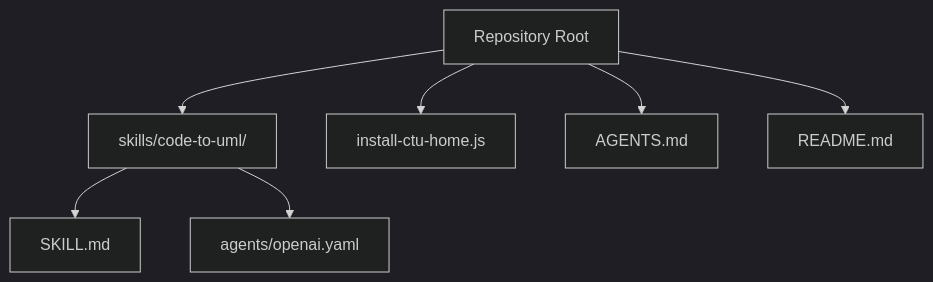
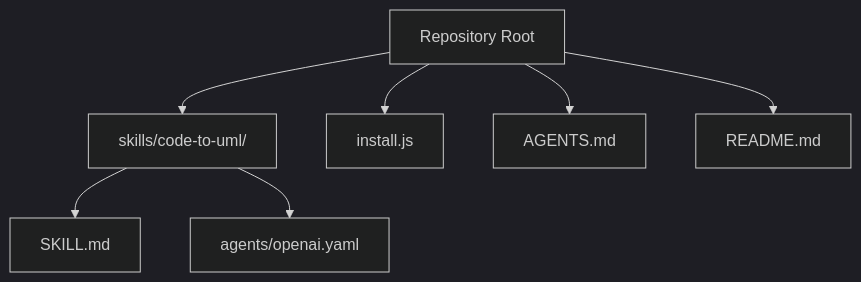
Before and after one commit to pingwurth/code-to-uml: the first of 3 diagrams in .qoder/repowiki/en/content/AI Agent Integration/Agent Setup Guides/Qwen Coder Configuration.md, drawn with Mermaid (dark theme). The commit also changed other lines of this file and 26 other files, not shown here.

Commit message:
rename install-ctu-home.js install.js

````diff
--- a/.qoder/repowiki/en/content/AI Agent Integration/Agent Setup Guides/Qwen Coder Configuration.md
+++ b/.qoder/repowiki/en/content/AI Agent Integration/Agent Setup Guides/Qwen Coder Configuration.md
@@ -33,16 +33,16 @@
 ```mermaid
 graph TB
 Repo["Repository Root"]
 Skills["skills/code-to-uml/"]
 SkillMD["SKILL.md"]
 AgentYAML["agents/openai.yaml"]
-Install["install-ctu-home.js"]
+Install["install.js"]
 AgentsDoc["AGENTS.md"]
 Readme["README.md"]
 Repo --> Skills
 Skills --> SkillMD
 Skills --> AgentYAML
 Repo --> Install
 Repo --> AgentsDoc
 Repo --> Readme
 ```
````
